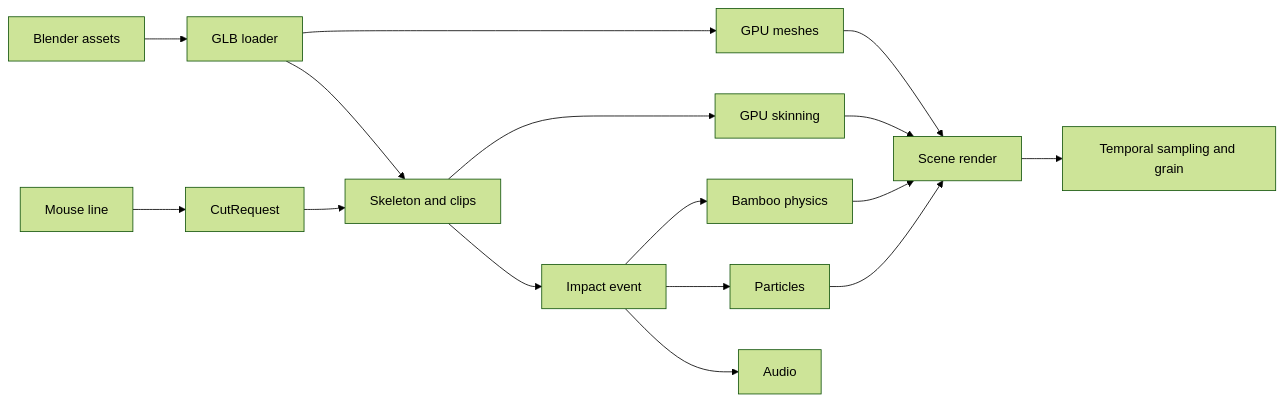
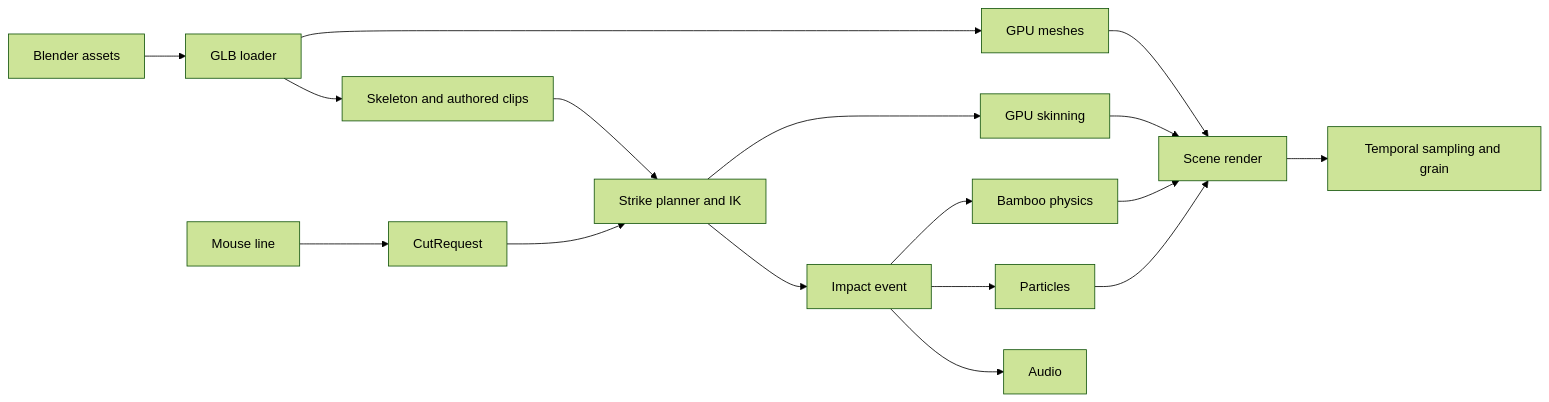
Before and after one commit to GitJestry/Kage-no-Kata-Shortanimation: the diagram in docs/TECHNICAL_PLAN.md, drawn with Mermaid (forest theme). The commit also changed other lines of this file and 4 other files, not shown here.

````diff
--- a/docs/TECHNICAL_PLAN.md
+++ b/docs/TECHNICAL_PLAN.md
@@ -13,18 +13,19 @@
 ```mermaid
 flowchart LR
     B["Blender assets"] --> G["GLB loader"]
     G --> M["GPU meshes"]
-    G --> A["Skeleton and clips"]
+    G --> A["Skeleton and authored clips"]
     I["Mouse line"] --> C["CutRequest"]
-    C --> A
-    A --> S["GPU skinning"]
-    A --> E["Impact event"]
+    C --> K["Strike planner and IK"]
+    A --> K
+    K --> S["GPU skinning"]
+    K --> E["Impact event"]
     E --> P["Bamboo physics"]
     E --> Q["Particles"]
     E --> U["Audio"]
     M --> R["Scene render"]
     S --> R
     P --> R
     Q --> R
     R --> F["Temporal sampling and grain"]
 ```
````
